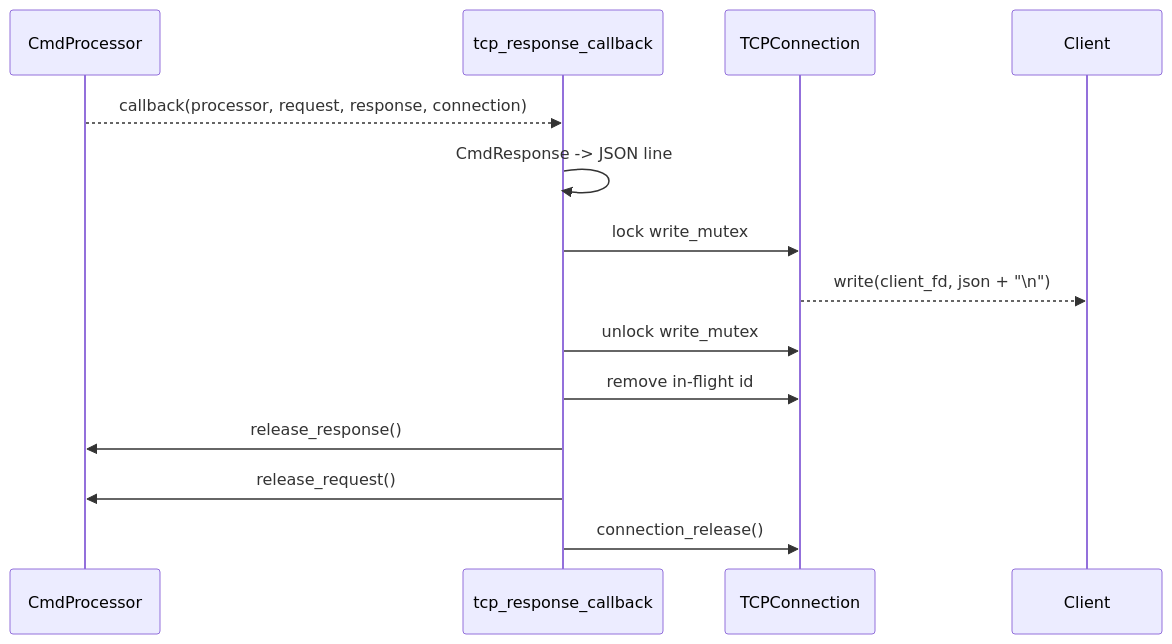
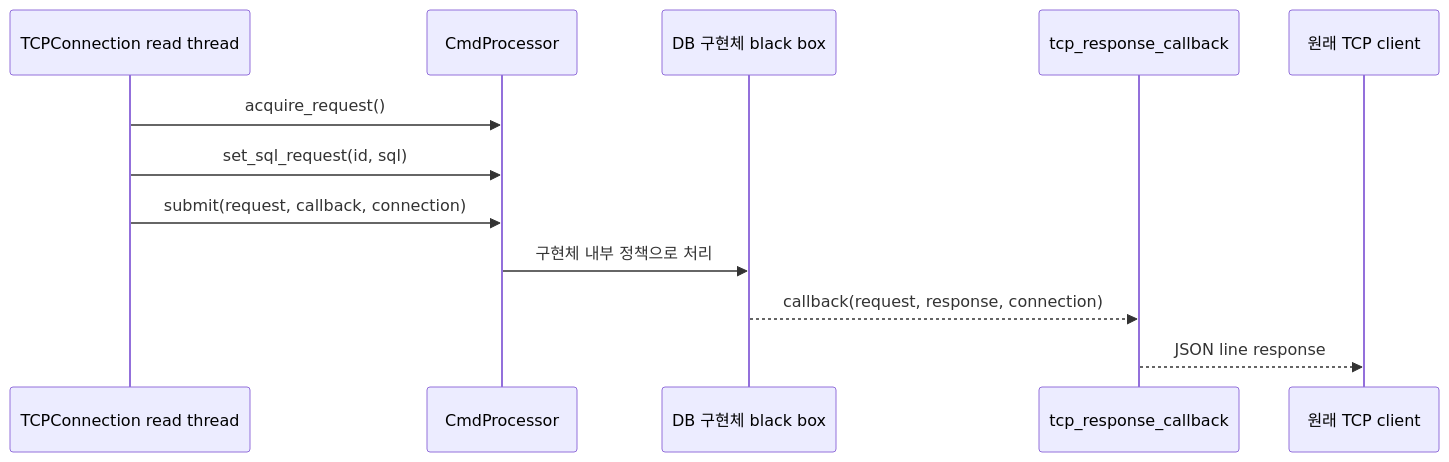
Before and after one commit to Wish-Upon-A-Star/SQL-B-Tree: the fourth of 5 diagrams in docs/sijun-yang/004_tcp_cmd_processor_architecture_flow.md, drawn with Mermaid. The commit also changed other lines of this file, not shown here.

Commit message:
docs: clarify TCP command processor flow

````diff
--- a/docs/sijun-yang/004_tcp_cmd_processor_architecture_flow.md
+++ b/docs/sijun-yang/004_tcp_cmd_processor_architecture_flow.md
@@ -147,17 +232,15 @@
 ```mermaid
 sequenceDiagram
-    participant Cmd as CmdProcessor
+    participant Conn as TCPConnection read thread
+    participant Proc as CmdProcessor
+    participant DB as DB 구현체 black box
     participant Cb as tcp_response_callback
-    participant Conn as TCPConnection
-    participant Client
+    participant Client as 원래 TCP client
 
-    Cmd-->>Cb: callback(processor, request, response, connection)
-    Cb->>Cb: CmdResponse -> JSON line
-    Cb->>Conn: lock write_mutex
-    Conn-->>Client: write(client_fd, json + "\n")
-    Cb->>Conn: unlock write_mutex
-    Cb->>Conn: remove in-flight id
-    Cb->>Cmd: release_response()
-    Cb->>Cmd: release_request()
-    Cb->>Conn: connection_release()
+    Conn->>Proc: acquire_request()
+    Conn->>Proc: set_sql_request(id, sql)
+    Conn->>Proc: submit(request, callback, connection)
+    Proc->>DB: 구현체 내부 정책으로 처리
+    DB-->>Cb: callback(request, response, connection)
+    Cb-->>Client: JSON line response
 ```
````
